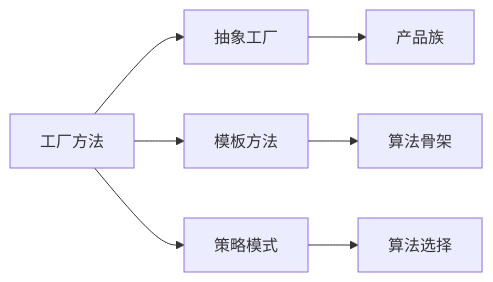
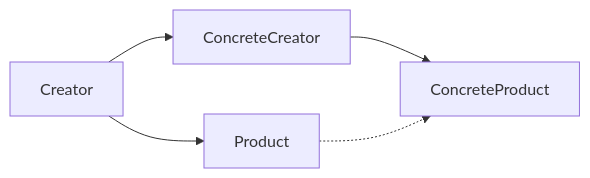
Before and after one commit to AdaMartin18010/common: the diagram in docs/refactor/03-Design-Patterns/01-Creational-Patterns/02-Factory-Method-Pattern.md, drawn with Mermaid. The commit also changed other lines of this file and 36 other files, not shown here.

````diff
--- a/docs/refactor/03-Design-Patterns/01-Creational-Patterns/02-Factory-Method-Pattern.md
+++ b/docs/refactor/03-Design-Patterns/01-Creational-Patterns/02-Factory-Method-Pattern.md
@@ -333,10 +83,7 @@
 ```mermaid
 graph LR
-    A[工厂方法] --> B[抽象工厂]
-    A --> C[模板方法]
-    A --> D[策略模式]
-    
-    B --> E[产品族]
-    C --> F[算法骨架]
-    D --> G[算法选择]
+    A[Creator] --> B[Product]
+    A --> C[ConcreteCreator]
+    C --> D[ConcreteProduct]
+    B -.-> D
 ```
````
